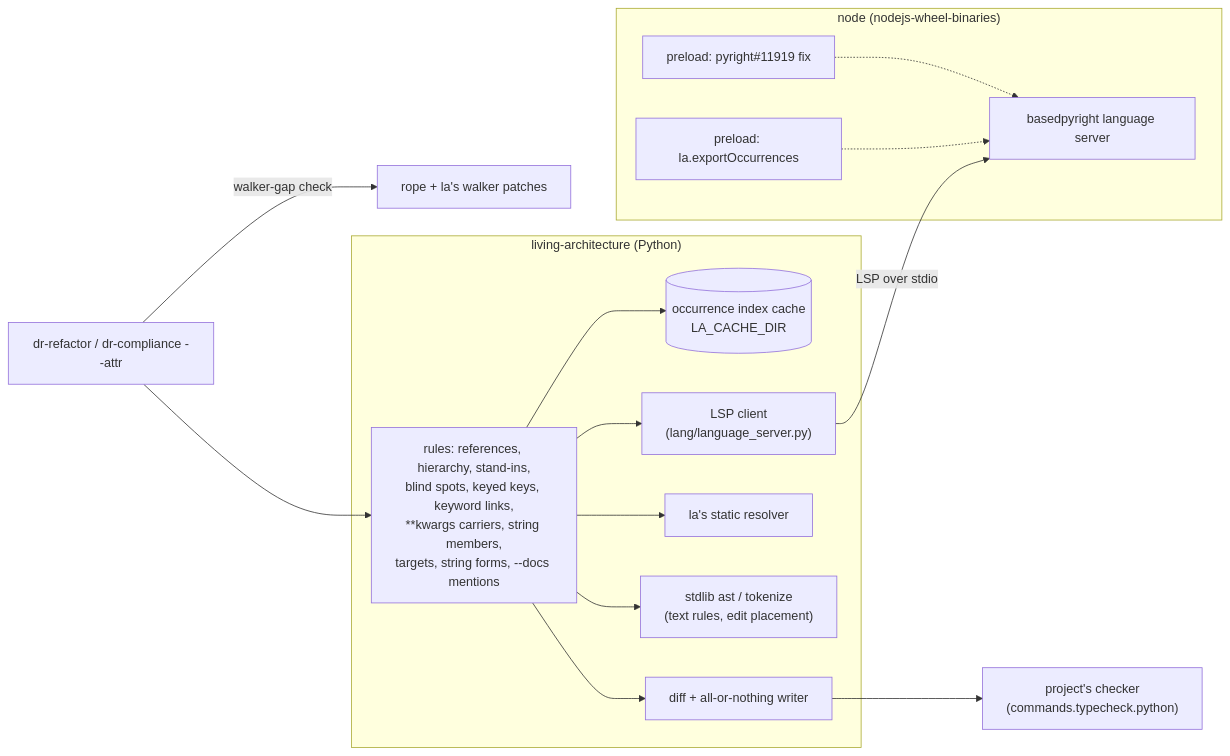
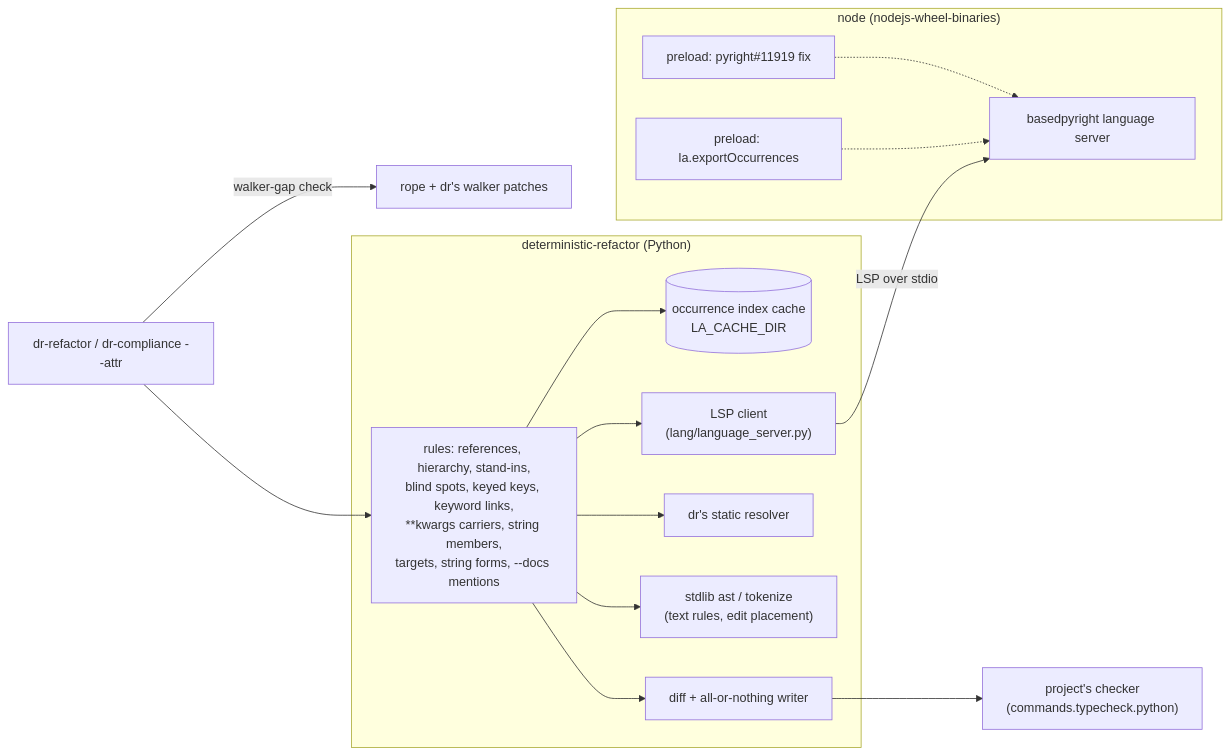
One commit to MotleyAI/living-architecture changed the diagram in docs/refactoring-internals.md. Above: the diagram before and after it, drawn with Mermaid. The commit also changed other lines of this file and 30 other files, not shown here.

````diff
--- a/docs/refactoring-internals.md
+++ b/docs/refactoring-internals.md
@@ -8,31 +8,31 @@
 ```mermaid
 flowchart LR
   cmd["dr-refactor / dr-compliance --attr"]
-  subgraph la["living-architecture (Python)"]
+  subgraph dr["deterministic-refactor (Python)"]
     rules["rules: references, hierarchy, stand-ins,<br/>blind spots, keyed keys, keyword links,<br/>**kwargs carriers, string members,<br/>targets, string forms, --docs mentions"]
     client["LSP client<br/>(lang/language_server.py)"]
     cache[("occurrence index cache<br/>LA_CACHE_DIR")]
     stdlib["stdlib ast / tokenize<br/>(text rules, edit placement)"]
     writer["diff + all-or-nothing writer"]
-    static["la's static resolver"]
+    static["dr's static resolver"]
   end
-  rope["rope + la's walker patches"]
+  rope["rope + dr's walker patches"]
   subgraph node["node (nodejs-wheel-binaries)"]
     ls["basedpyright language server"]
     patch["preload: pyright#11919 fix"]
     export["preload: la.exportOccurrences"]
   end
   checker["project's checker<br/>(commands.typecheck.python)"]
 
   cmd -- "walker-gap check" --> rope
   cmd --> rules
   rules --> cache
   rules --> client
   client -- "LSP over stdio" --> ls
   patch -.-> ls
   export -.-> ls
   rules --> static
   rules --> stdlib
   rules --> writer
   writer --> checker
 ```
````
